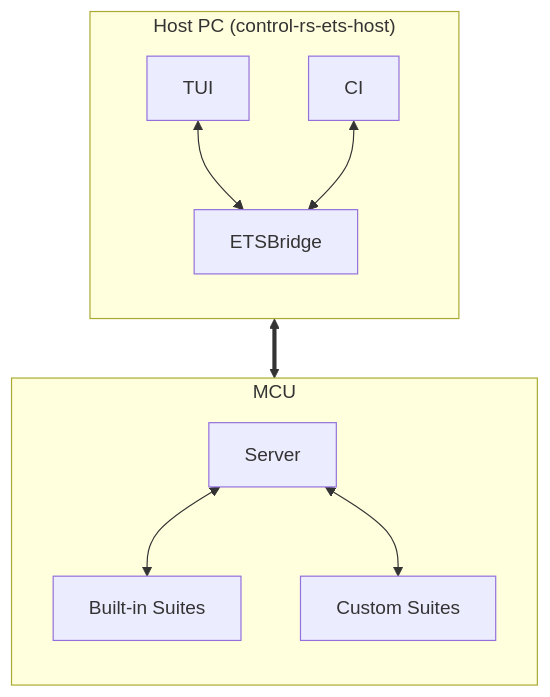
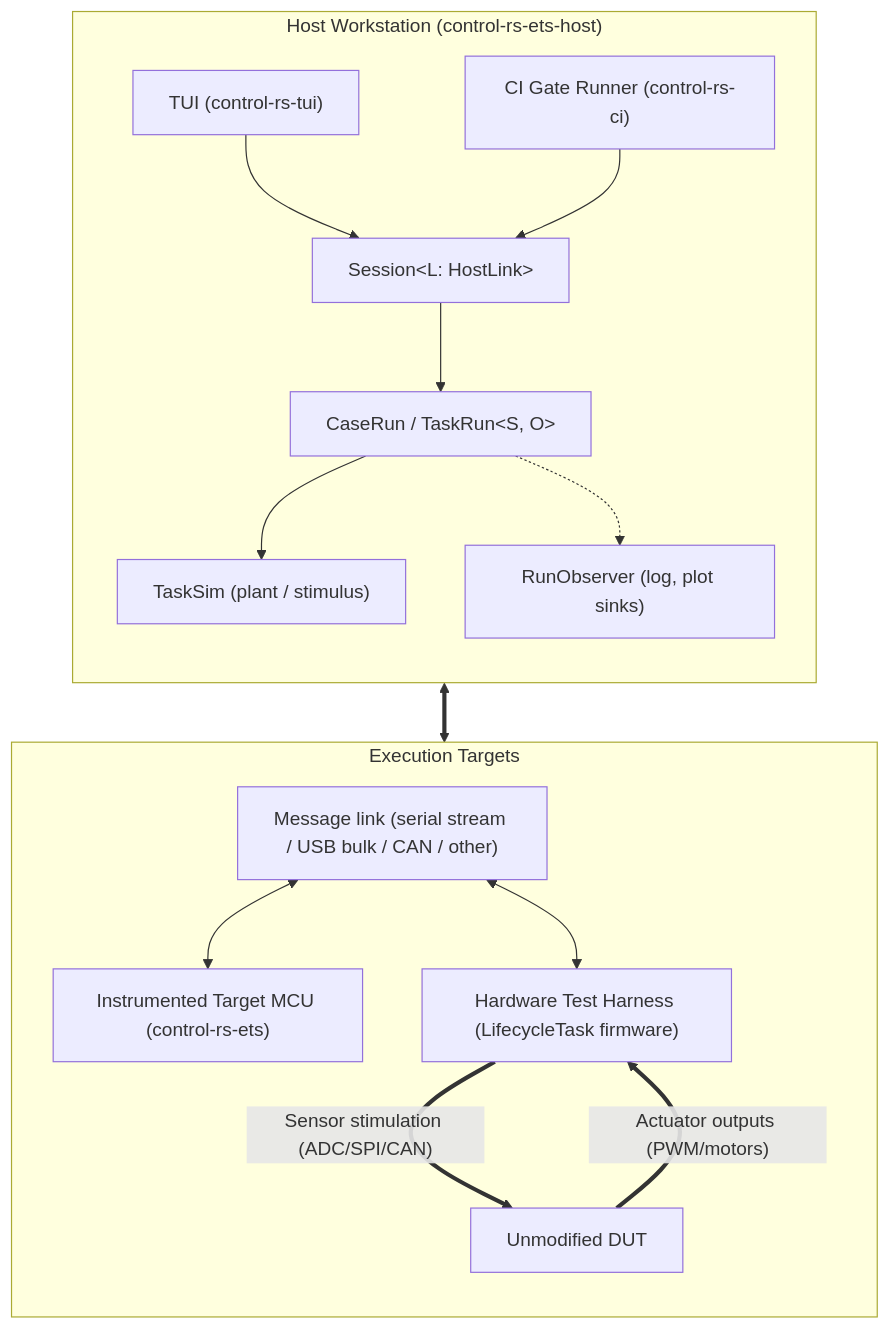
One commit to Dyse-Industries/control-rs changed the diagram in documentation/ets/ets-overview.md. Above: the diagram before and after it, drawn with Mermaid. The commit also changed other lines of this file and 15 other files, not shown here.

First line of the commit message:
ETS-1: design overhaul for the executive, link and host session

````diff
--- a/documentation/ets/ets-overview.md
+++ b/documentation/ets/ets-overview.md
@@ -63,22 +80,32 @@
 ```mermaid
 flowchart TD
-    Host <==> MCU
-
-    subgraph Host ["Host PC (control-rs-ets-host)"]
+    subgraph Host ["Host Workstation (control-rs-ets-host)"]
         direction TB
-        TUI["TUI"]
-        CI["CI"]
-        Bridge["ETSBridge"]
-        TUI <--> Bridge
-        CI <--> Bridge
+        TUI["TUI (control-rs-tui)"]
+        CI["CI Gate Runner (control-rs-ci)"]
+        SES["Session&lt;L: HostLink&gt;"]
+        RUNS["CaseRun / TaskRun&lt;S, O&gt;"]
+        SIM["TaskSim (plant / stimulus)"]
+        OBS["RunObserver (log, plot sinks)"]
+        TUI --> SES
+        CI --> SES
+        SES --> RUNS
+        RUNS --> SIM
+        RUNS -.-> OBS
     end
 
-    subgraph MCU ["MCU"]
+    Link["Message link (serial stream / USB bulk / CAN / other)"]
+    SES <==> Link
+
+    subgraph Targets ["Execution Targets"]
         direction TB
-        Server["Server"]
-        BuiltIn["Built-in Suites"]
-        Custom["Custom Suites"]
-        Server <--> BuiltIn
-        Server <--> Custom
+        ServerA["Instrumented Target MCU (control-rs-ets)"]
+        Harness["Hardware Test Harness (LifecycleTask firmware)"]
+        DUT["Unmodified DUT"]
+
+        Link <--> ServerA
+        Link <--> Harness
+        Harness ==>|" Sensor stimulation (ADC/SPI/CAN) "| DUT
+        DUT ==>|" Actuator outputs (PWM/motors) "| Harness
     end
 ```
````
